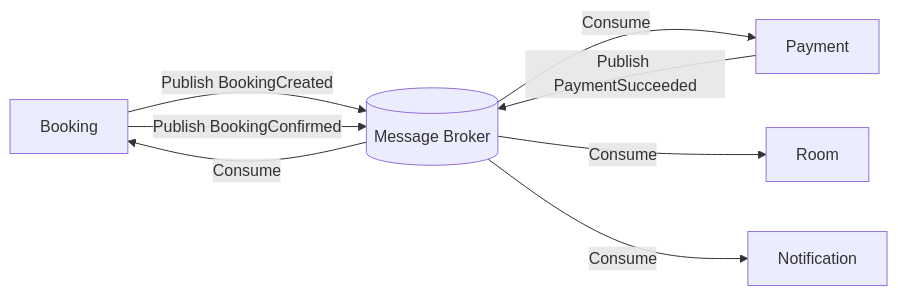
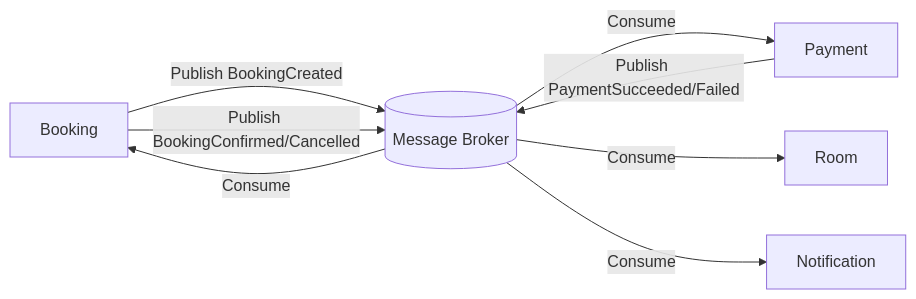
The second of 6 diagrams in analysis-and-design-ddd.md (bangit14/WebBanHang-Project), drawn with Mermaid before and after one commit. The commit also changed other lines of this file, not shown here.

````diff
--- a/analysis-and-design-ddd.md
+++ b/analysis-and-design-ddd.md
@@ -119,13 +130,13 @@
 ```mermaid
 graph LR
     Booking[Booking] -->|Publish BookingCreated| MQ[(Message Broker)]
 
     MQ -->|Consume| Payment[Payment]
-    Payment -->|Publish PaymentSucceeded| MQ
+    Payment -->|Publish PaymentSucceeded/Failed| MQ
 
     MQ -->|Consume| Booking
-    Booking -->|Publish BookingConfirmed| MQ
+    Booking -->|Publish BookingConfirmed/Cancelled| MQ
 
     MQ -->|Consume| Room[Room]
     MQ -->|Consume| Notification[Notification]
 ```
````
